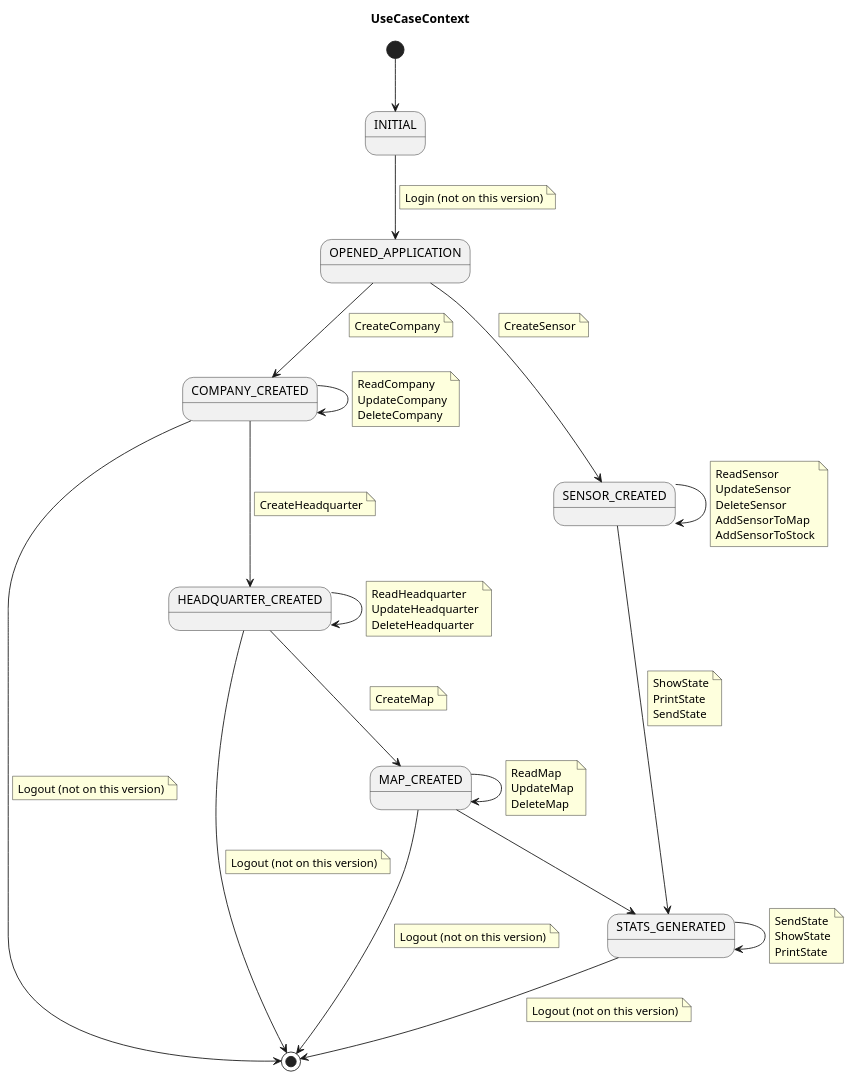
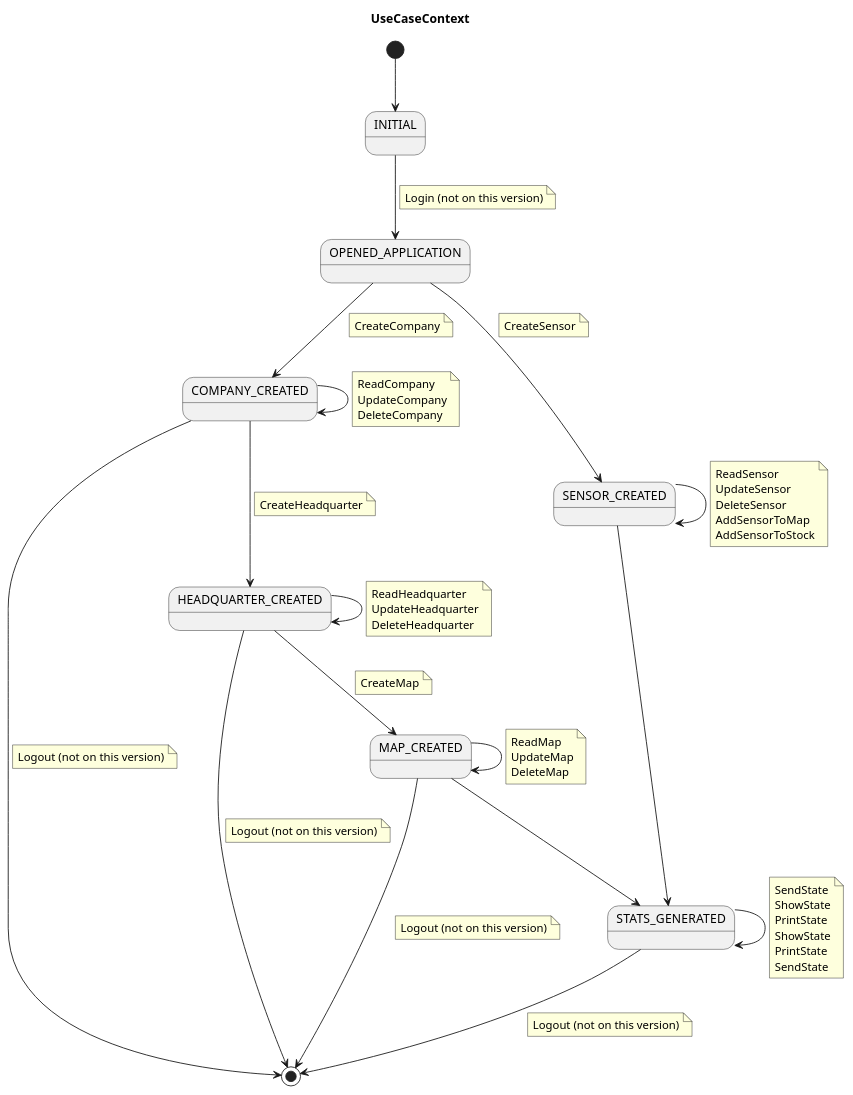
One commit to jumpering/pestmonitors changed the diagram in docs/src/useCase/context/useCaseContext.puml. Above: the diagram before and after it, drawn with PlantUML. The commit also changed 3 other files, not shown here.

```diff
--- a/docs/src/useCase/context/useCaseContext.puml
+++ b/docs/src/useCase/context/useCaseContext.puml
@@ -1,103 +1,106 @@
 @startuml
 title UseCaseContext
 
 state INITIAL
 state OPENED_APPLICATION
 state COMPANY_CREATED
 state HEADQUARTER_CREATED
 state MAP_CREATED
 state SENSOR_CREATED
 state STATS_GENERATED
 
 [*] --> INITIAL
 
 INITIAL --> OPENED_APPLICATION
 note on link
     Login (not on this version)
 end note
 
 OPENED_APPLICATION --> COMPANY_CREATED
     note on link
         CreateCompany
     end note
 COMPANY_CREATED --> COMPANY_CREATED
 note on link
     ReadCompany
     UpdateCompany
     DeleteCompany
 end note
 
 COMPANY_CREATED --> HEADQUARTER_CREATED
     note on link
         CreateHeadquarter
     end note
 
 HEADQUARTER_CREATED --> HEADQUARTER_CREATED
     note on link
         ReadHeadquarter
         UpdateHeadquarter
         DeleteHeadquarter
     end note
 
 HEADQUARTER_CREATED --> MAP_CREATED
     note on link
         CreateMap
     end note
 
 MAP_CREATED --> MAP_CREATED
     note on link
         ReadMap
         UpdateMap
         DeleteMap
     end note
 
 MAP_CREATED --> STATS_GENERATED
 
 OPENED_APPLICATION --> SENSOR_CREATED
     note on link
         CreateSensor
     end note
 
 SENSOR_CREATED --> SENSOR_CREATED
     note on link
         ReadSensor
         UpdateSensor
         DeleteSensor
         AddSensorToMap
         AddSensorToStock
     end note
 
 COMPANY_CREATED --> [*]
       note on link
           Logout (not on this version)
       end note
 
 HEADQUARTER_CREATED --> [*]
       note on link
           Logout (not on this version)
       end note
 
 MAP_CREATED --> [*]
       note on link
           Logout (not on this version)
       end note
 
 SENSOR_CREATED --> STATS_GENERATED
-       note on link
-           ShowState
-           PrintState
-           SendState
-       end note
+'       note on link
+'           ShowState
+'           PrintState
+'           SendState'
+'       end note
 
 STATS_GENERATED --> STATS_GENERATED
     note on link
         SendState
         ShowState
         PrintState
+        ShowState
+        PrintState
+        SendState
     end note
 
 STATS_GENERATED --> [*]
       note on link
           Logout (not on this version)
       end note
 @enduml
```
